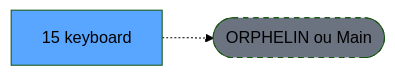
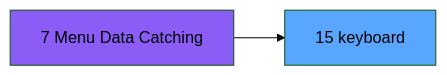
One commit to thonyAGP/magic-migration changed the second of 3 diagrams in .openspec/specs/ADH-IDE-15.md. Above: the diagram before and after it, drawn with Mermaid (forest theme). The commit also changed other lines of this file and 253 other files, not shown here.

````diff
--- a/.openspec/specs/ADH-IDE-15.md
+++ b/.openspec/specs/ADH-IDE-15.md
@@ -117,8 +925,8 @@
 ```mermaid
 graph LR
-    T[15 keyboard]
-    ORPHAN([ORPHELIN ou Main])
-    T -.-> ORPHAN
-    style T fill:#58a6ff,color:#000
-    style ORPHAN fill:#6b7280,stroke-dasharray: 5 5
+    T15[15 keyboard]
+    style T15 fill:#58a6ff
+    CC7[7 Menu Data Catching]
+    style CC7 fill:#8b5cf6
+    CC7 --> T15
 ```
````
